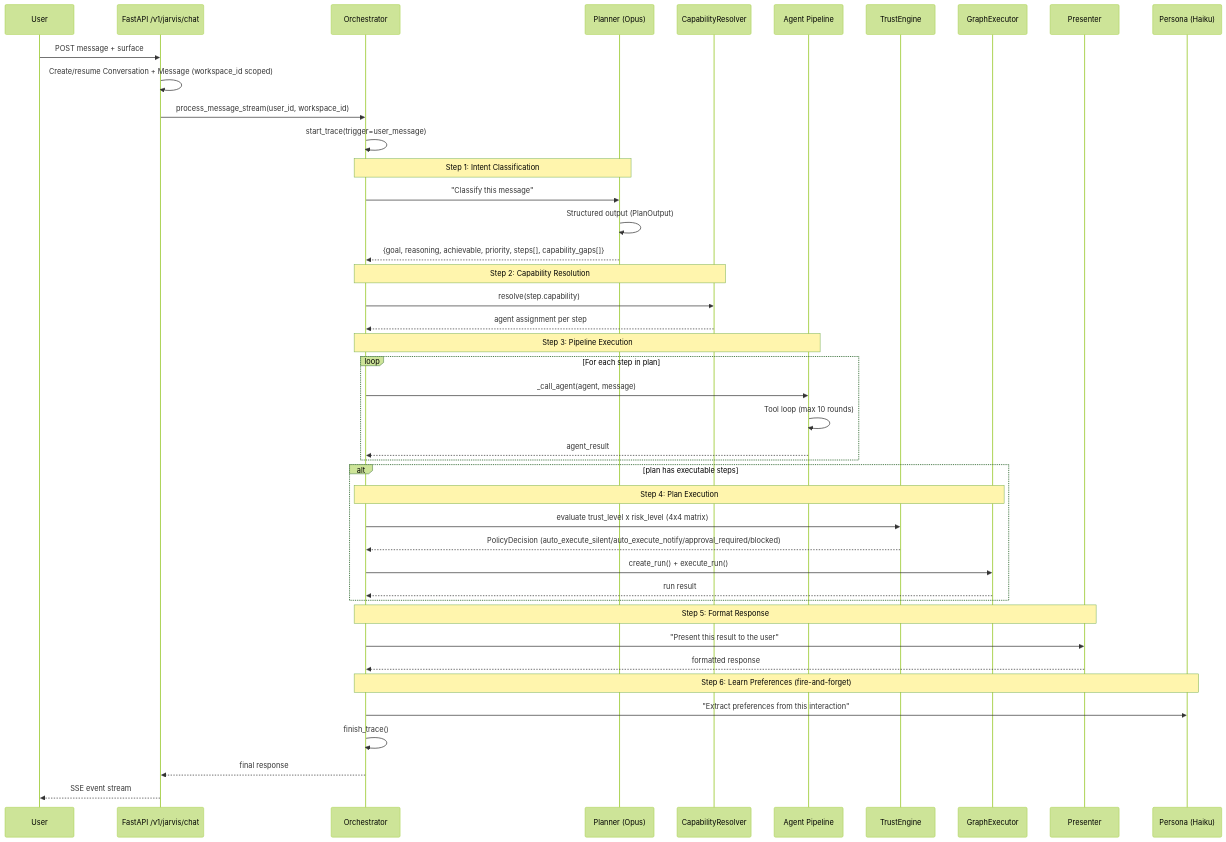
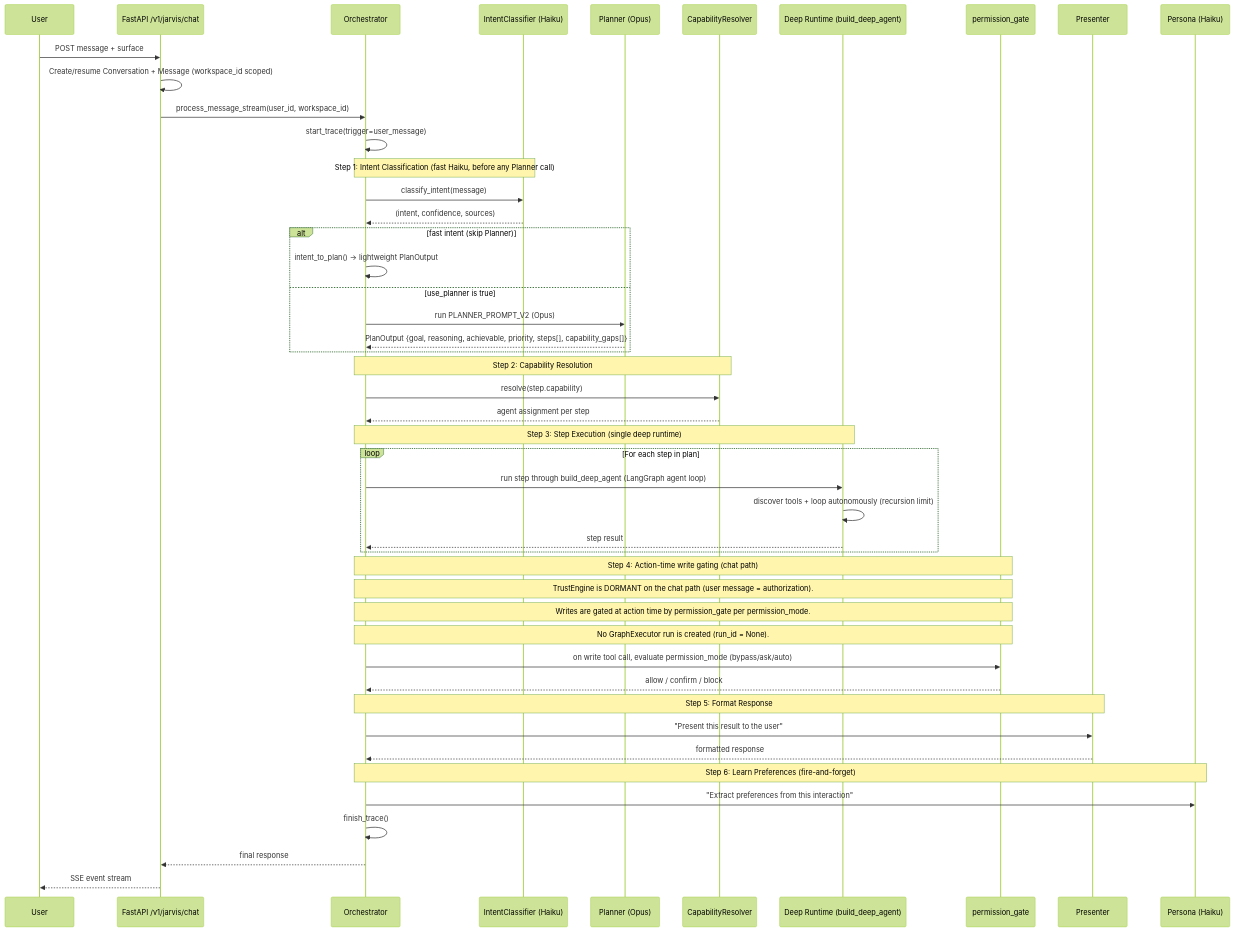
One commit to shivadharmi/muldro changed the first of 3 diagrams in docs/architecture/message-flow.md. Above: the diagram before and after it, drawn with Mermaid (forest theme). The commit also changed other lines of this file and 14 other files, not shown here.

First line of the commit message:
docs: sync durable architecture docs with post-rebuild code

````diff
--- a/docs/architecture/message-flow.md
+++ b/docs/architecture/message-flow.md
@@ -7,53 +7,57 @@
 ```mermaid
 sequenceDiagram
     participant U as User
     participant API as FastAPI /v1/jarvis/chat
     participant O as Orchestrator
+    participant IC as IntentClassifier (Haiku)
     participant P as Planner (Opus)
     participant CR as CapabilityResolver
-    participant A as Agent Pipeline
-    participant TE as TrustEngine
-    participant GE as GraphExecutor
+    participant DR as Deep Runtime (build_deep_agent)
+    participant PG as permission_gate
     participant PR as Presenter
     participant PA as Persona (Haiku)
 
     U->>API: POST message + surface
     API->>API: Create/resume Conversation + Message (workspace_id scoped)
     API->>O: process_message_stream(user_id, workspace_id)
     O->>O: start_trace(trigger=user_message)
 
-    Note over O,P: Step 1: Intent Classification
-    O->>P: "Classify this message"
-    P->>P: Structured output (PlanOutput)
-    P-->>O: {goal, reasoning, achievable, priority, steps[], capability_gaps[]}
+    Note over O,IC: Step 1: Intent Classification (fast Haiku, before any Planner call)
+    O->>IC: classify_intent(message)
+    IC-->>O: (intent, confidence, sources)
+    alt fast intent (skip Planner)
+        O->>O: intent_to_plan() -> lightweight PlanOutput
+    else use_planner is true
+        O->>P: run PLANNER_PROMPT_V2 (Opus)
+        P-->>O: PlanOutput {goal, reasoning, achievable, priority, steps[], capability_gaps[]}
+    end
 
     Note over O,CR: Step 2: Capability Resolution
     O->>CR: resolve(step.capability)
     CR-->>O: agent assignment per step
 
-    Note over O,A: Step 3: Pipeline Execution
+    Note over O,DR: Step 3: Step Execution (single deep runtime)
     loop For each step in plan
-        O->>A: _call_agent(agent, message)
-        A->>A: Tool loop (max 10 rounds)
-        A-->>O: agent_result
+        O->>DR: run step through build_deep_agent (LangGraph agent loop)
+        DR->>DR: discover tools + loop autonomously (recursion limit)
+        DR-->>O: step result
     end
 
-    alt plan has executable steps
-        Note over O,GE: Step 4: Plan Execution
-        O->>TE: evaluate trust_level x risk_level (4x4 matrix)
-        TE-->>O: PolicyDecision (auto_execute_silent/auto_execute_notify/approval_required/blocked)
-        O->>GE: create_run() + execute_run()
-        GE-->>O: run result
-    end
+    Note over O,PG: Step 4: Action-time write gating (chat path)
+    Note over O,PG: TrustEngine is DORMANT on the chat path (user message = authorization).
+    Note over O,PG: Writes are gated at action time by permission_gate per permission_mode.
+    Note over O,PG: No GraphExecutor run is created (run_id = None).
+    O->>PG: on write tool call, evaluate permission_mode (bypass/ask/auto)
+    PG-->>O: allow / confirm / block
 
     Note over O,PR: Step 5: Format Response
     O->>PR: "Present this result to the user"
     PR-->>O: formatted response
 
     Note over O,PA: Step 6: Learn Preferences (fire-and-forget)
     O->>PA: "Extract preferences from this interaction"
 
     O->>O: finish_trace()
     O-->>API: final response
     API-->>U: SSE event stream
 ```
````
